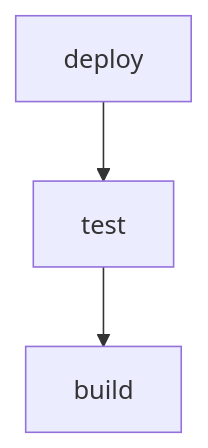
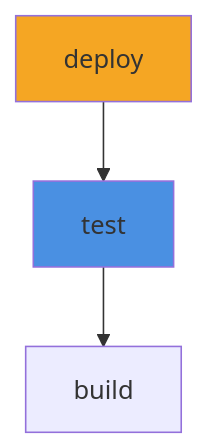
One commit to lex00/wetwire-github-python changed the first of 2 diagrams in docs/CLI.md. Above: the diagram before and after it, drawn with Mermaid. The commit also changed other lines of this file and 10 other files, not shown here.

````diff
--- a/docs/CLI.md
+++ b/docs/CLI.md
@@ -461,8 +488,10 @@
 ```mermaid
 graph TD
     build["build"]
     test["test"]
     deploy["deploy"]
     test --> build
     deploy --> test
+    style test fill:#4A90E2
+    style deploy fill:#F5A623
 ```
````
